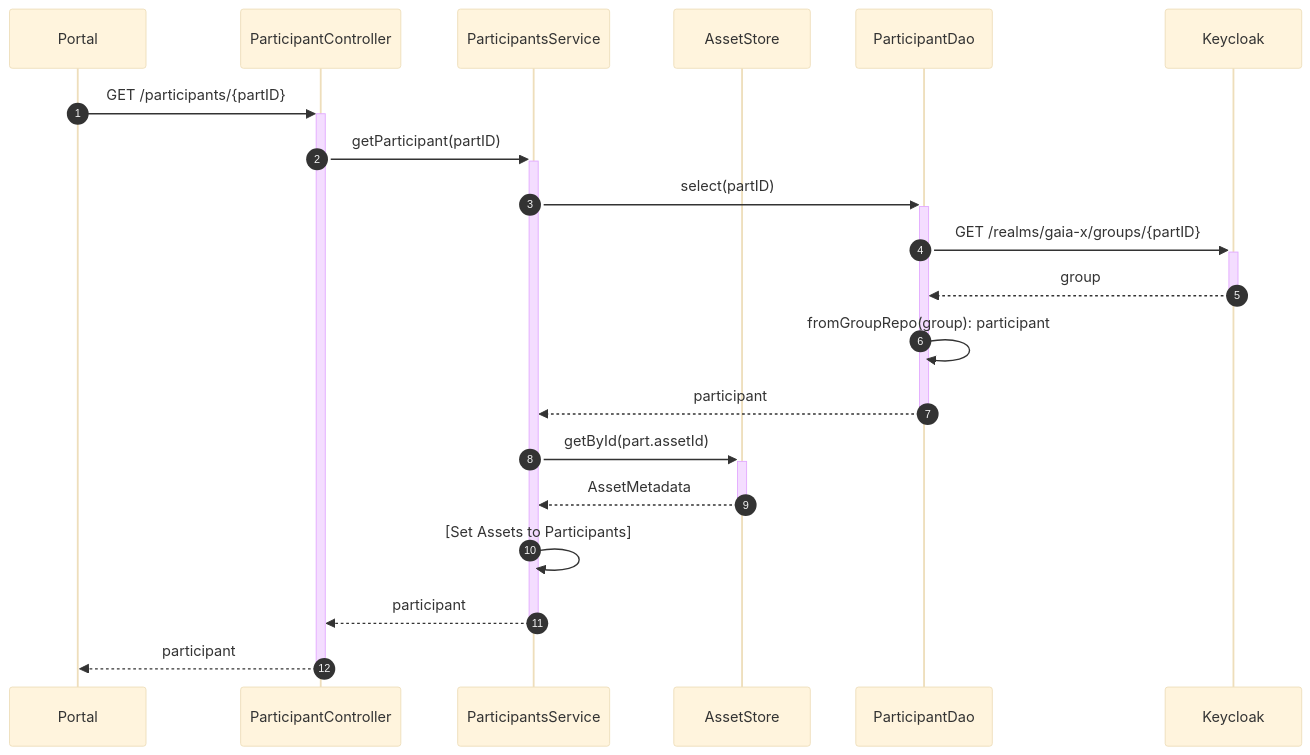
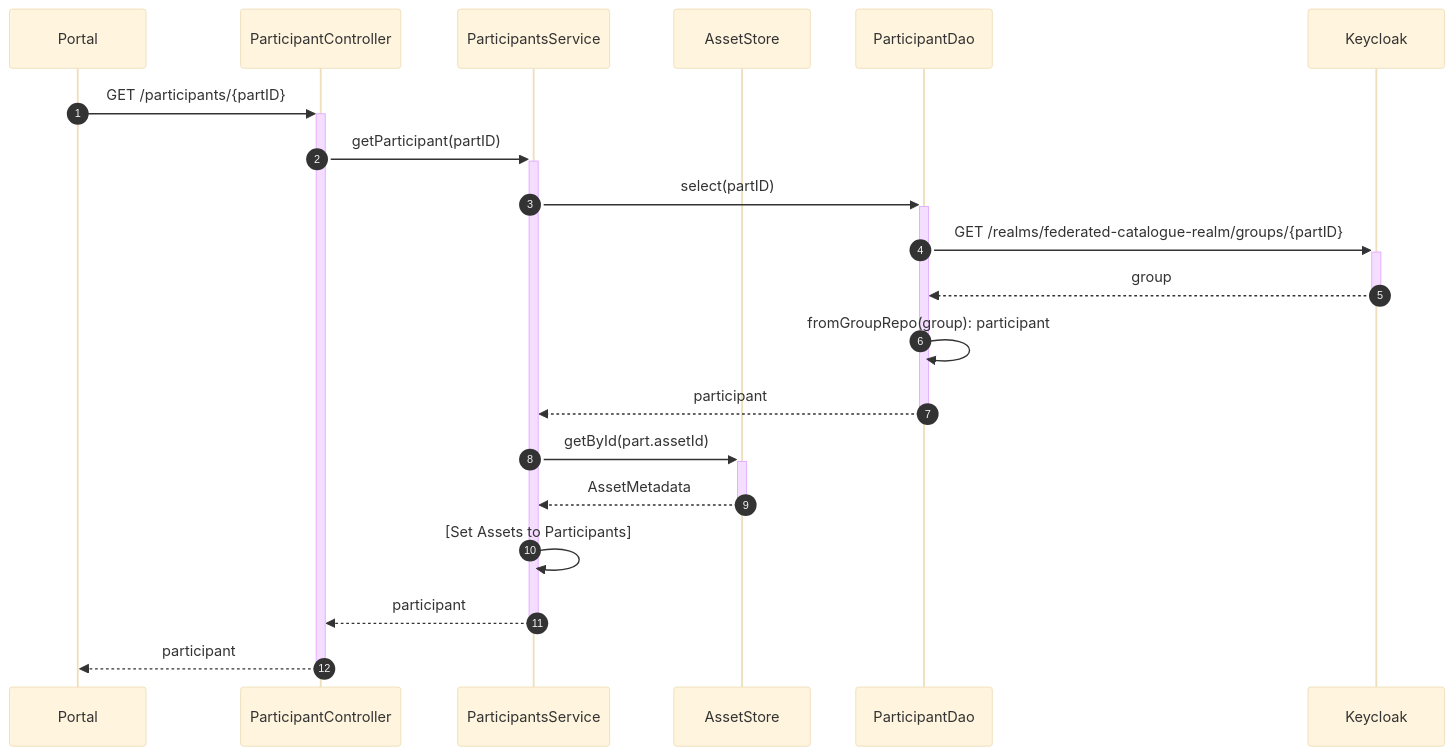
One commit to eclipse-xfsc/docs changed the third of 44 diagrams in federated-catalogue/src/docs/architecture/chapters/06_runtime_view.adoc. Above: the diagram before and after it, drawn with Mermaid (base theme). The commit also changed other lines of this file and 1 other file, not shown here.

First line of the commit message:
docs(arc42): Correct Keycloak realm and clarify user management authorization (#39)

```diff
--- a/federated-catalogue/src/docs/architecture/chapters/06_runtime_view.adoc
+++ b/federated-catalogue/src/docs/architecture/chapters/06_runtime_view.adoc
@@ -97,23 +97,23 @@
 [mermaid, width=2000]
 ....
 sequenceDiagram
     autonumber
     participant Portal
     participant ParticipantController
     participant ParticipantsService
     participant AssetStore as AssetStore
     participant ParticipantDao
     participant Keycloak
     Portal ->> + ParticipantController: GET /participants/{partID}
     ParticipantController ->> + ParticipantsService: getParticipant(partID)
     ParticipantsService ->> + ParticipantDao: select(partID)
-    ParticipantDao ->> + Keycloak: GET /realms/gaia-x/groups/{partID}
+    ParticipantDao ->> + Keycloak: GET /realms/federated-catalogue-realm/groups/{partID}
     Keycloak -->> - ParticipantDao: group
     ParticipantDao ->> ParticipantDao: fromGroupRepo(group): participant
     ParticipantDao -->> - ParticipantsService: participant
     ParticipantsService ->> + AssetStore: getById(part.assetId)
     AssetStore -->> - ParticipantsService: AssetMetadata
     ParticipantsService ->> ParticipantsService: [Set Assets to Participants]
     ParticipantsService -->> - ParticipantController: participant
     ParticipantController -->> - Portal: participant
 ....
```
